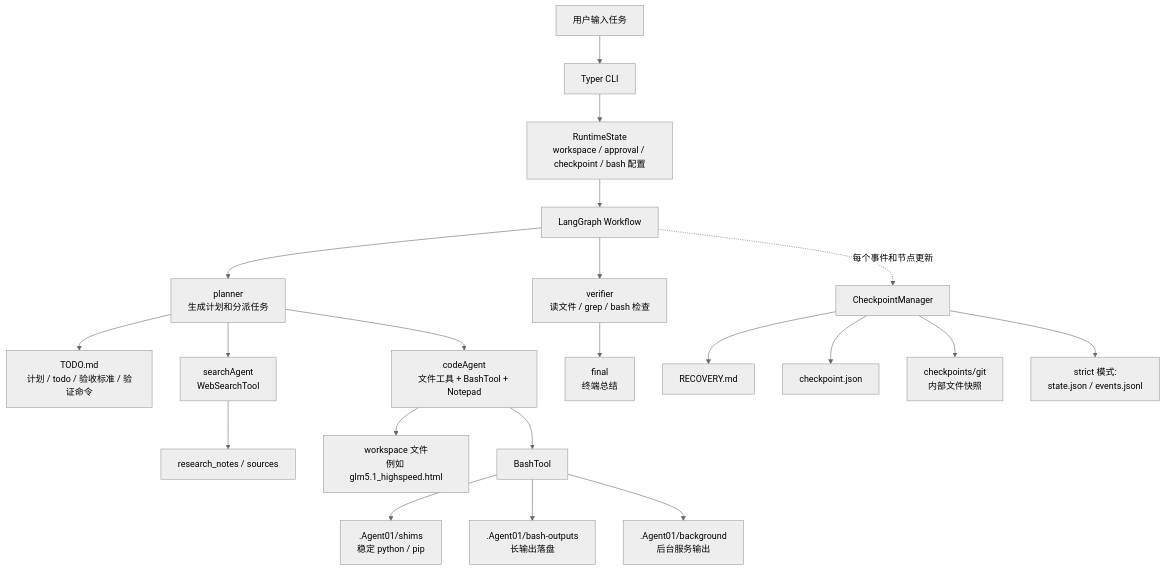
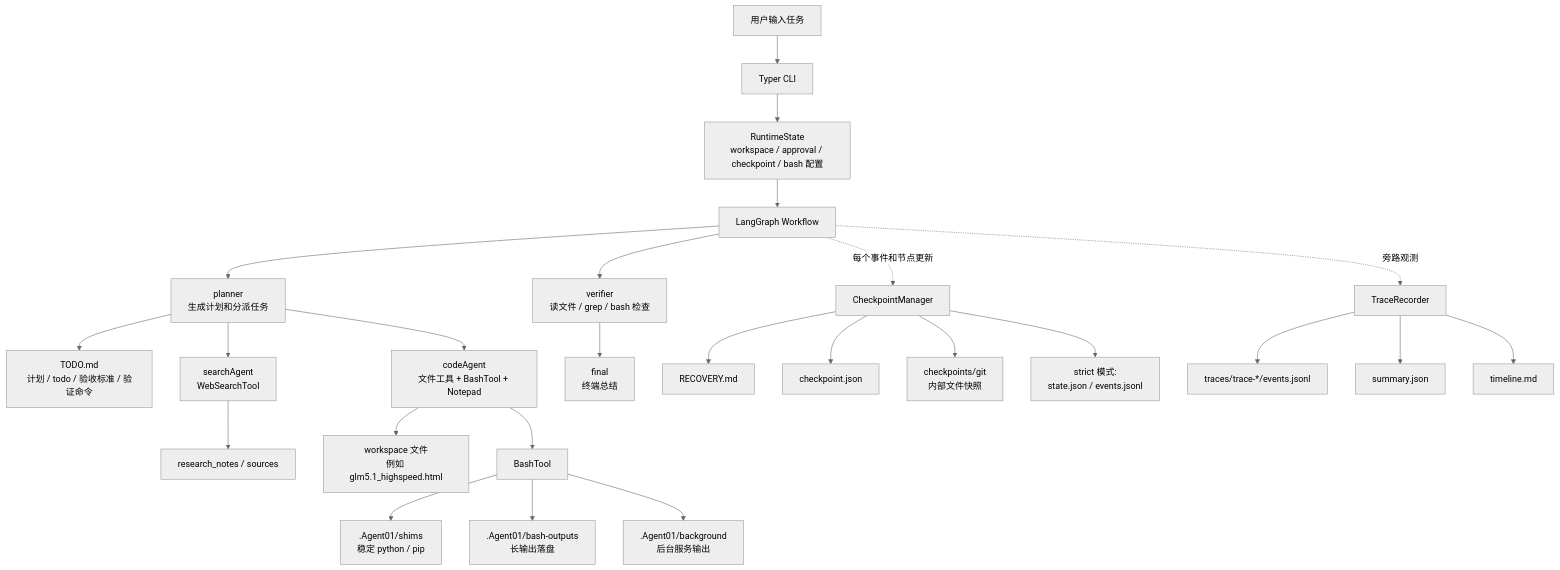
One commit to Babe153/Agent01-from-Scratch changed the first of 4 diagrams in docs/workspace-lifecycle.md. Above: the diagram before and after it, drawn with Mermaid (neutral theme). The commit also changed other lines of this file and 12 other files, not shown here.

````diff
--- a/docs/workspace-lifecycle.md
+++ b/docs/workspace-lifecycle.md
@@ -53,28 +55,33 @@
 ```mermaid
 flowchart TD
     User["用户输入任务"] --> CLI["Typer CLI"]
     CLI --> Runtime["RuntimeState<br/>workspace / approval / checkpoint / bash 配置"]
     Runtime --> Graph["LangGraph Workflow"]
 
     Graph --> Planner["planner<br/>生成计划和分派任务"]
     Planner --> Todo["TODO.md<br/>计划 / todo / 验收标准 / 验证命令"]
     Planner --> Search["searchAgent<br/>WebSearchTool"]
     Planner --> Code["codeAgent<br/>文件工具 + BashTool + Notepad"]
 
     Search --> Sources["research_notes / sources"]
     Code --> Files["workspace 文件<br/>例如 glm5.1_highspeed.html"]
     Code --> Bash["BashTool"]
 
     Bash --> Shims[".Agent01/shims<br/>稳定 python / pip"]
     Bash --> Outputs[".Agent01/bash-outputs<br/>长输出落盘"]
     Bash --> Background[".Agent01/background<br/>后台服务输出"]
 
     Graph --> Verifier["verifier<br/>读文件 / grep / bash 检查"]
     Verifier --> Final["final<br/>终端总结"]
 
     Graph -.每个事件和节点更新.-> Checkpoint["CheckpointManager"]
     Checkpoint --> Recovery["RECOVERY.md"]
     Checkpoint --> CheckpointJson["checkpoint.json"]
     Checkpoint --> Git["checkpoints/git<br/>内部文件快照"]
     Checkpoint --> Strict["strict 模式:<br/>state.json / events.jsonl"]
+
+    Graph -.旁路观测.-> Trace["TraceRecorder"]
+    Trace --> TraceEvents["traces/trace-*/events.jsonl"]
+    Trace --> TraceSummary["summary.json"]
+    Trace --> TraceTimeline["timeline.md"]
 ```
````
